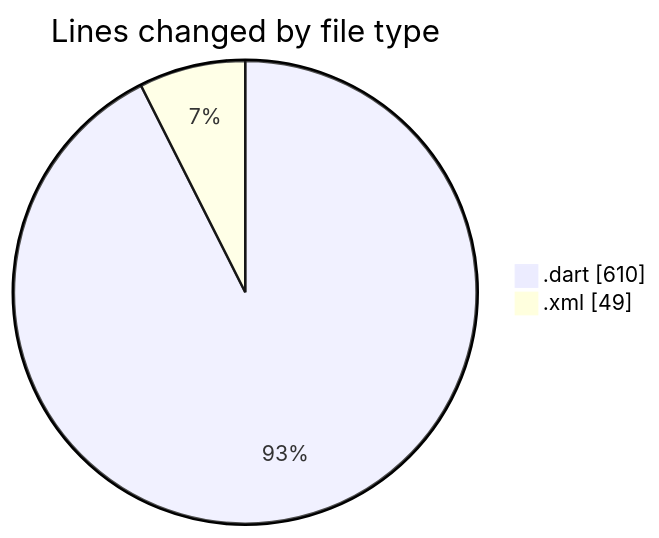
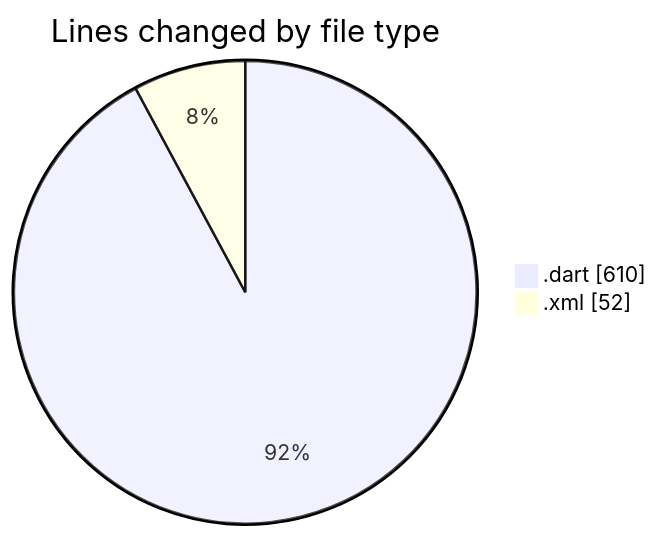
The first of 2 diagrams in 2025-01-26/trackers_app/README.md (donsfak/code-tracking), drawn with Mermaid before and after one commit. The commit also changed other lines of this file and 1 other file, not shown here.

````diff
--- a/2025-01-26/trackers_app/README.md
+++ b/2025-01-26/trackers_app/README.md
@@ -25,6 +25,6 @@
 ```mermaid
 pie showData
 title Lines changed by file type
 ".dart" : 610
-".xml" : 49
+".xml" : 52
 ```
````
